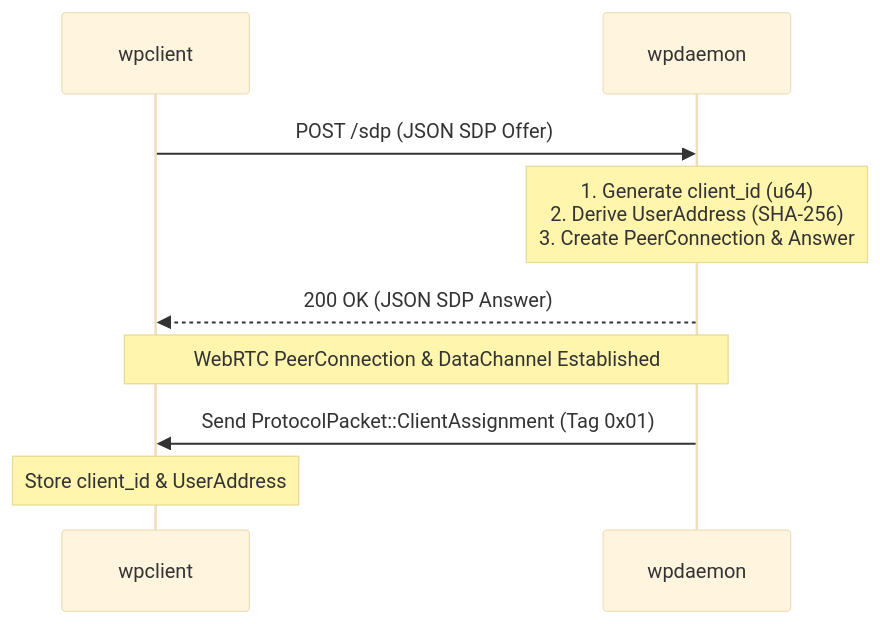
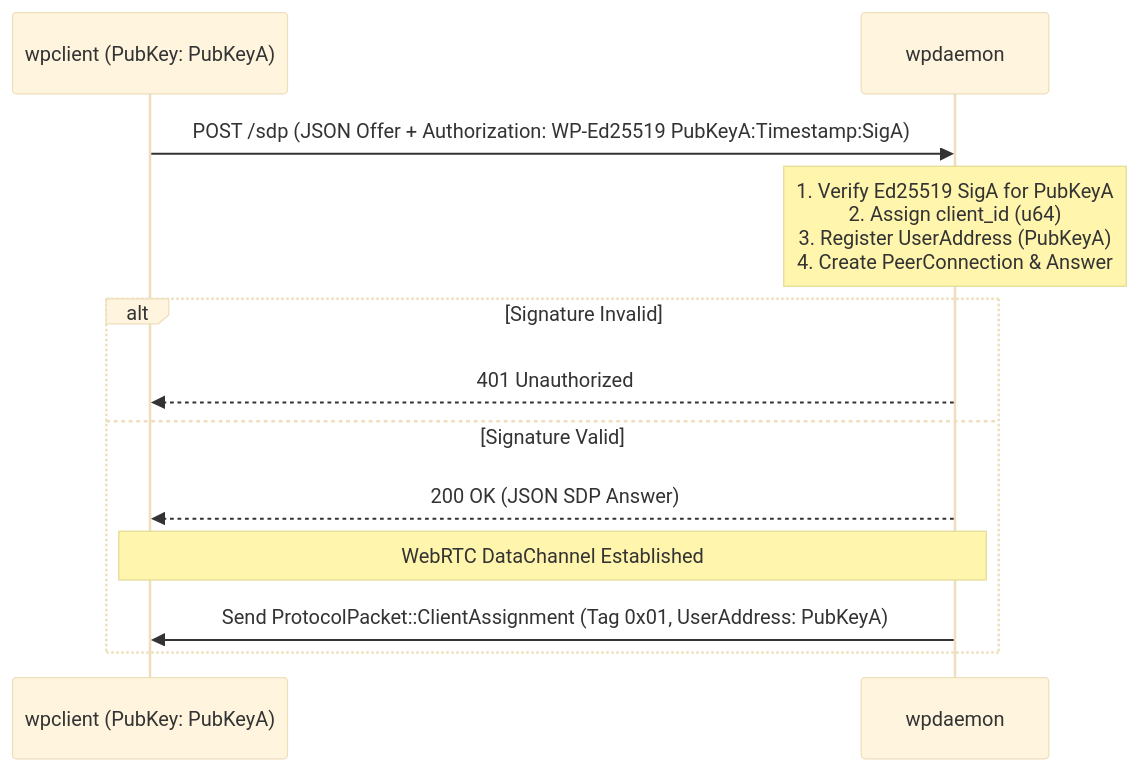
The diagram in docs/WPIP-02.md (haruki7049/web-phone), drawn with Mermaid (base theme) before and after one commit. The commit also changed other lines of this file and 7 other files, not shown here.

````diff
--- a/docs/WPIP-02.md
+++ b/docs/WPIP-02.md
@@ -94,14 +111,16 @@
 ```mermaid
 sequenceDiagram
-    participant Client as wpclient
+    participant Client as wpclient (PubKey: PubKeyA)
     participant Daemon as wpdaemon
 
-    Client->>Daemon: POST /sdp (JSON SDP Offer)
-    Note over Daemon: 1. Generate client_id (u64)<br/>2. Derive UserAddress (SHA-256)<br/>3. Create PeerConnection & Answer
-    Daemon-->>Client: 200 OK (JSON SDP Answer)
+    Client->>Daemon: POST /sdp (JSON Offer + Authorization: WP-Ed25519 PubKeyA:Timestamp:SigA)
+    Note over Daemon: 1. Verify Ed25519 SigA for PubKeyA<br/>2. Assign client_id (u64)<br/>3. Register UserAddress (PubKeyA)<br/>4. Create PeerConnection & Answer
     
-    Note over Client,Daemon: WebRTC PeerConnection & DataChannel Established
-    
-    Daemon->>Client: Send ProtocolPacket::ClientAssignment (Tag 0x01)
-    Note over Client: Store client_id & UserAddress
+    alt Signature Invalid
+        Daemon-->>Client: 401 Unauthorized
+    else Signature Valid
+        Daemon-->>Client: 200 OK (JSON SDP Answer)
+        Note over Client,Daemon: WebRTC DataChannel Established
+        Daemon->>Client: Send ProtocolPacket::ClientAssignment (Tag 0x01, UserAddress: PubKeyA)
+    end
 ```
````
